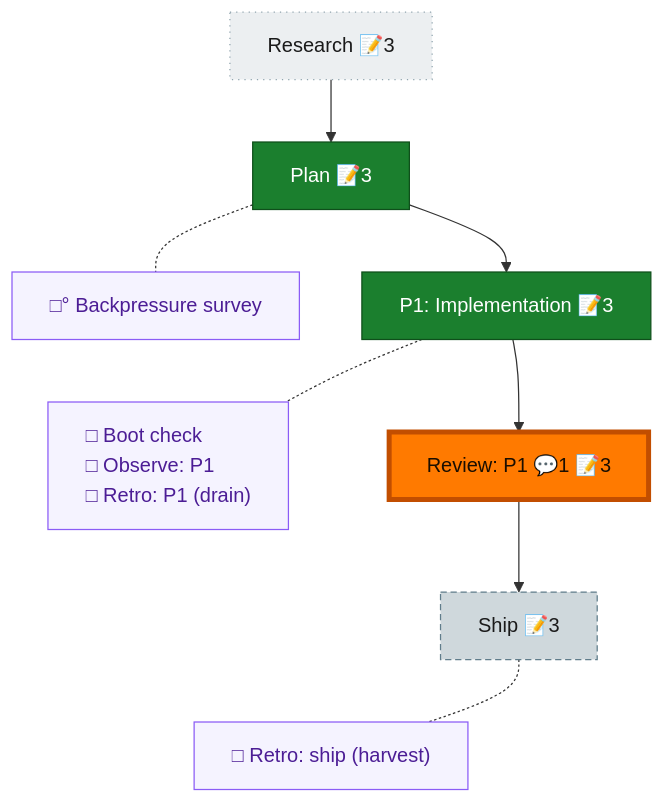
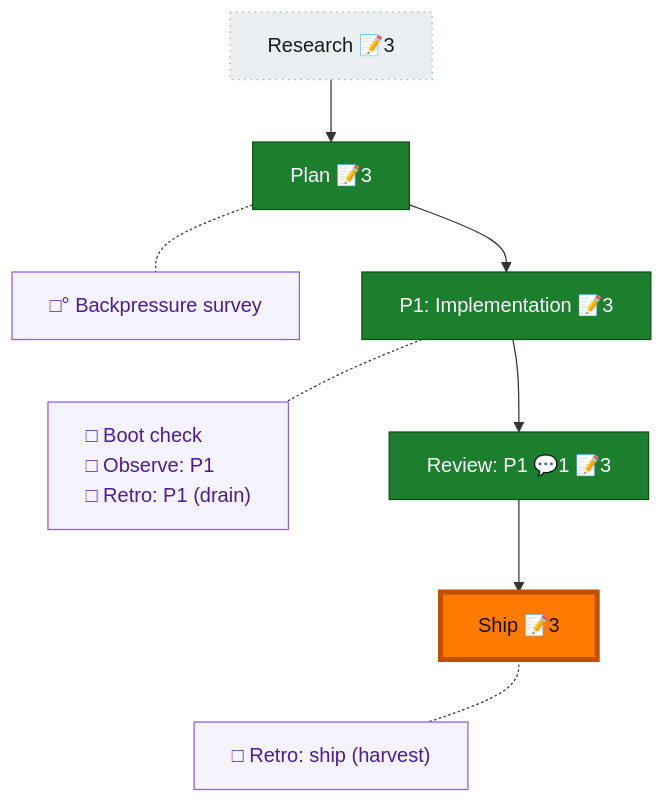
One commit to vaughanknight/pij changed the diagram in docs/plans/032-pij-honest-send-receipts/the-flow.md. Above: the diagram before and after it, drawn with Mermaid. The commit also changed other lines of this file and 2 other files, not shown here.

Commit message:
chore: 032 flight-plan bookkeeping + flow-pair prompt-lab candidate

````diff
--- a/docs/plans/032-pij-honest-send-receipts/the-flow.md
+++ b/docs/plans/032-pij-honest-send-receipts/the-flow.md
@@ -8,29 +8,28 @@
 ```mermaid
 flowchart TD
     research["Research 📝3"]:::unknown
     plan["Plan 📝3"]:::done
     phase_1["P1: Implementation 📝3"]:::done
     review_1["Review: P1 💬1 📝3"]:::done
-    ship["Ship 📝3"]:::assumed
+    ship["Ship 📝3"]:::done
 
     research --> plan --> phase_1 --> review_1 --> ship
 
     planC["□° Backpressure survey"]:::chore
     phase_1C["□ Boot check<br/>□ Observe: P1<br/>□ Retro: P1 (drain)"]:::chore
     shipC["□ Retro: ship (harvest)"]:::chore
 
     %% invisible chain holds the gutter boxes in their own column
     planC ~~~ phase_1C ~~~ shipC
 
     %% dotted links pull each gutter box beside its node
     plan -.- planC
     phase_1 -.- phase_1C
     ship -.- shipC
 
     classDef done fill:#1B7F2E,stroke:#0F4F1B,color:#fff;
-    classDef assumed fill:#CFD8DC,stroke:#607D8B,color:#1a1a1a,stroke-dasharray:5 3;
     classDef unknown fill:#ECEFF1,stroke:#90A4AE,color:#1a1a1a,stroke-dasharray:1 4;
     classDef chore fill:#f5f3ff,stroke:#8b5cf6,color:#4c1d95,text-align:left;
     classDef current fill:#FF7A00,stroke:#C24E00,color:#1a0e00,stroke-width:4px;
-    class review_1 current;
+    class ship current;
 ```
````
